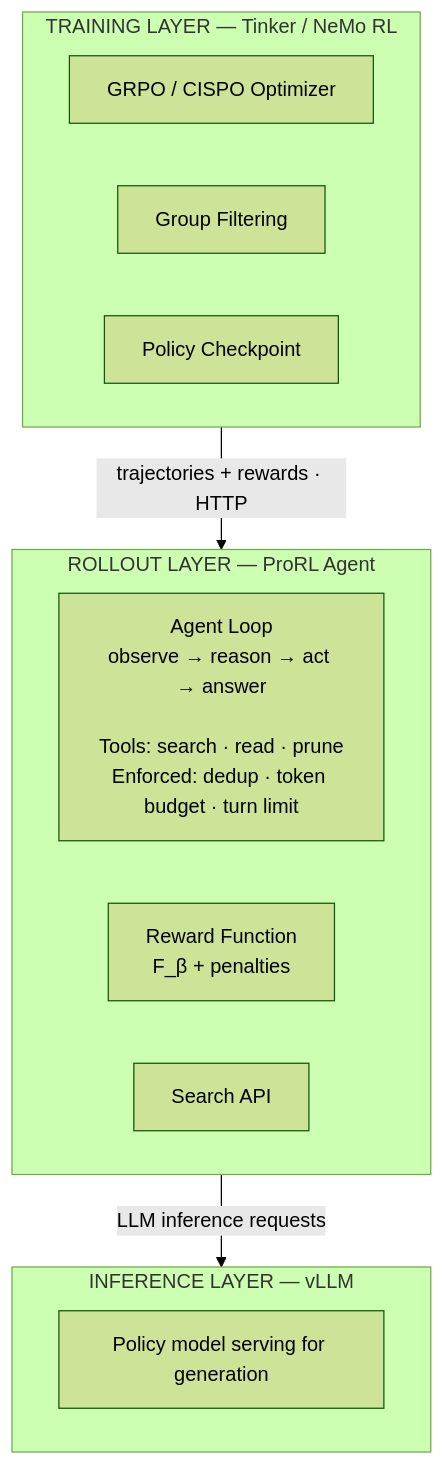
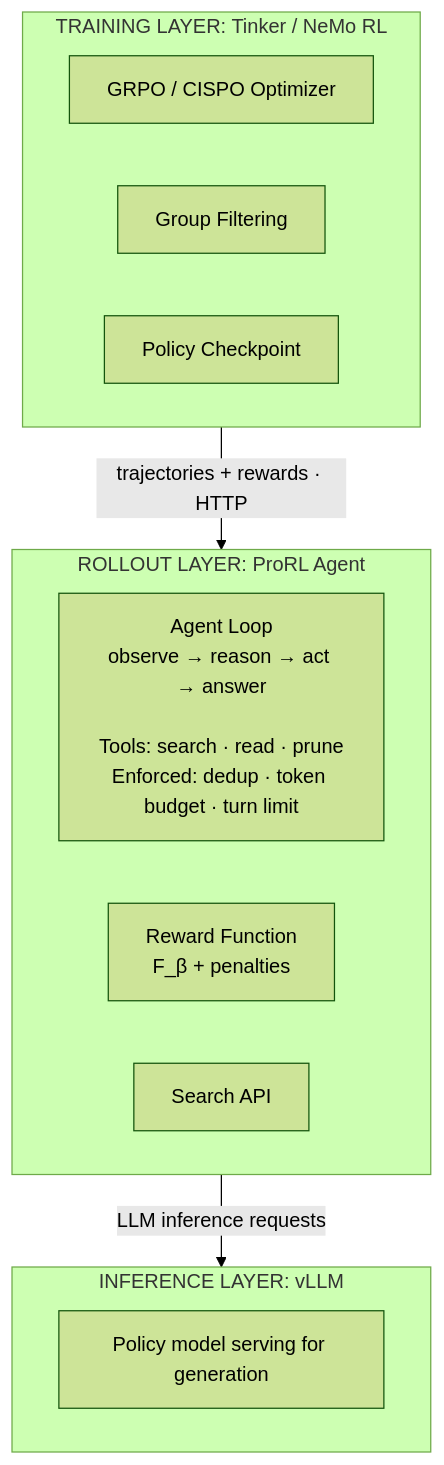
Before and after one commit to naskovai/naskovai.github.io: the diagram in content/posts/agentic-search-training/index.md, drawn with Mermaid (forest theme). The commit also changed other lines of this file, not shown here.

````diff
--- a/content/posts/agentic-search-training/index.md
+++ b/content/posts/agentic-search-training/index.md
@@ -630,21 +630,21 @@
 ```mermaid
 graph TD
-    subgraph TRAIN["TRAINING LAYER — Tinker / NeMo RL"]
+    subgraph TRAIN["TRAINING LAYER: Tinker / NeMo RL"]
         OPT["GRPO / CISPO Optimizer"]
         GF["Group Filtering"]
         CP["Policy Checkpoint"]
     end
 
-    subgraph ROLLOUT["ROLLOUT LAYER — ProRL Agent"]
+    subgraph ROLLOUT["ROLLOUT LAYER: ProRL Agent"]
         LOOP["Agent Loop<br/>observe → reason → act → answer<br/><br/>Tools: search · read · prune<br/>Enforced: dedup · token budget · turn limit"]
         RF["Reward Function<br/>F_β + penalties"]
         SEARCH["Search API"]
     end
 
-    subgraph INFER["INFERENCE LAYER — vLLM"]
+    subgraph INFER["INFERENCE LAYER: vLLM"]
         VM["Policy model serving for generation"]
     end
 
     TRAIN -->|"trajectories + rewards · HTTP"| ROLLOUT
     ROLLOUT -->|"LLM inference requests"| INFER
 ```
````
